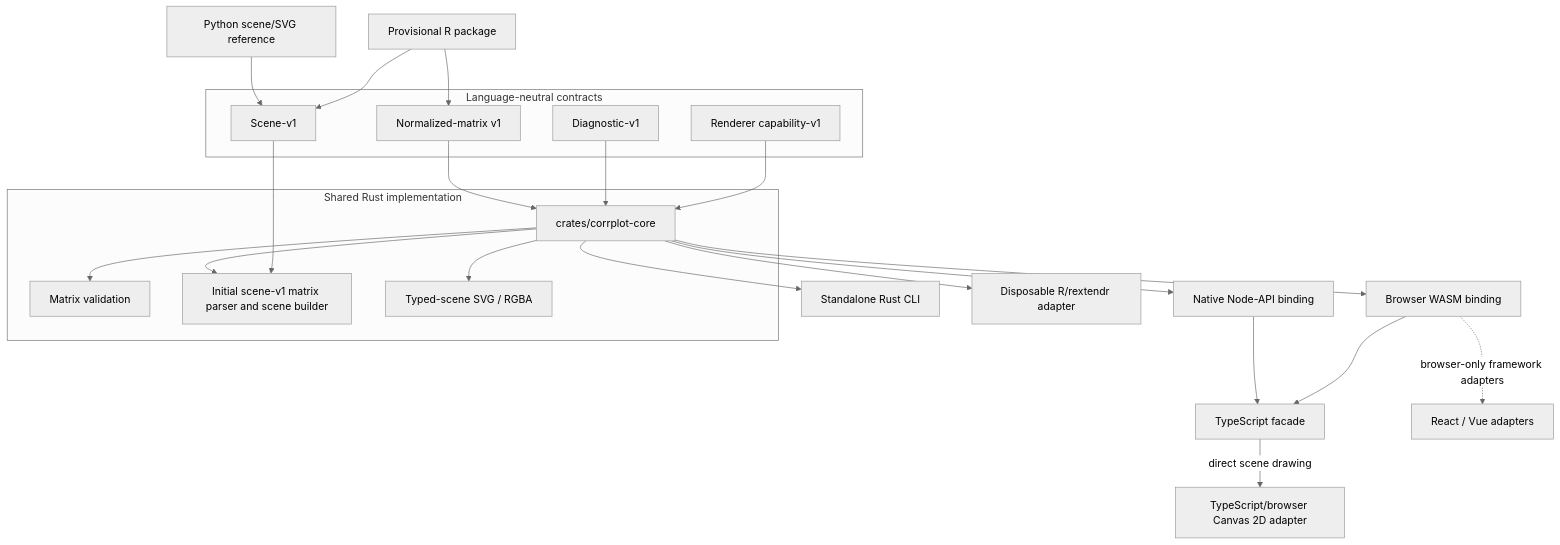
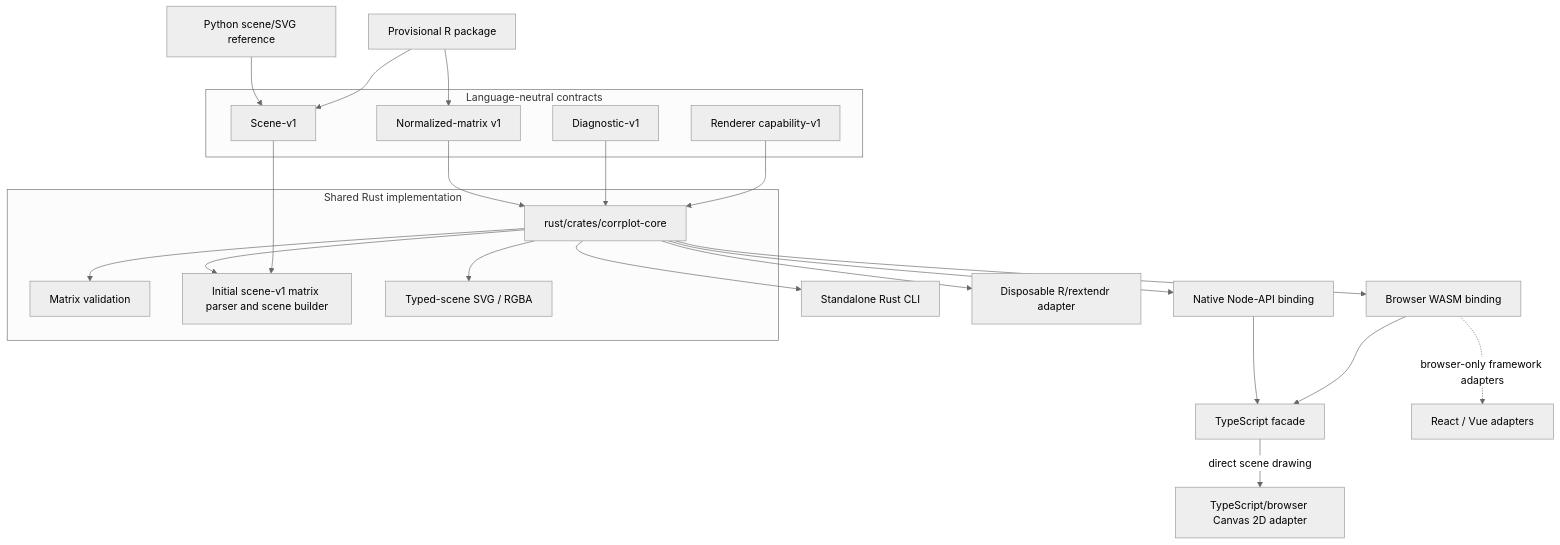
The diagram in docs/architecture.md (vsimko/corrplot-ng), drawn with Mermaid (neutral theme) before and after one commit. The commit also changed other lines of this file and 10 other files, not shown here.

````diff
--- a/docs/architecture.md
+++ b/docs/architecture.md
@@ -28,45 +28,45 @@
 ```mermaid
 flowchart TB
     subgraph Contracts[Language-neutral contracts]
       NM[Normalized-matrix v1]
       SC[Scene-v1]
       DIAG[Diagnostic-v1]
       CAP[Renderer capability-v1]
     end
 
     subgraph Rust[Shared Rust implementation]
-      CORE[crates/corrplot-core]
+      CORE[rust/crates/corrplot-core]
       VALIDATE[Matrix validation]
       BUILD[Initial scene-v1 matrix parser and scene builder]
       RENDER[Typed-scene SVG / RGBA]
       CORE --> VALIDATE
       CORE --> BUILD
       CORE --> RENDER
     end
 
     CLI[Standalone Rust CLI]
     NODE[Native Node-API binding]
     WASM[Browser WASM binding]
     R[Disposable R/rextendr adapter]
     TS[TypeScript facade]
     PY[Python scene/SVG reference]
     RPKG[Provisional R package]
     CANVAS[TypeScript/browser Canvas 2D adapter]
     FRAME[React / Vue adapters]
 
     NM --> CORE
     SC --> BUILD
     DIAG --> CORE
     CAP --> CORE
     CORE --> CLI
     CORE --> NODE
     CORE --> WASM
     CORE --> R
     NODE --> TS
     WASM --> TS
     PY --> SC
     RPKG --> NM
     RPKG --> SC
     TS -->|direct scene drawing| CANVAS
     WASM -. browser-only framework adapters .-> FRAME
 ```
````
